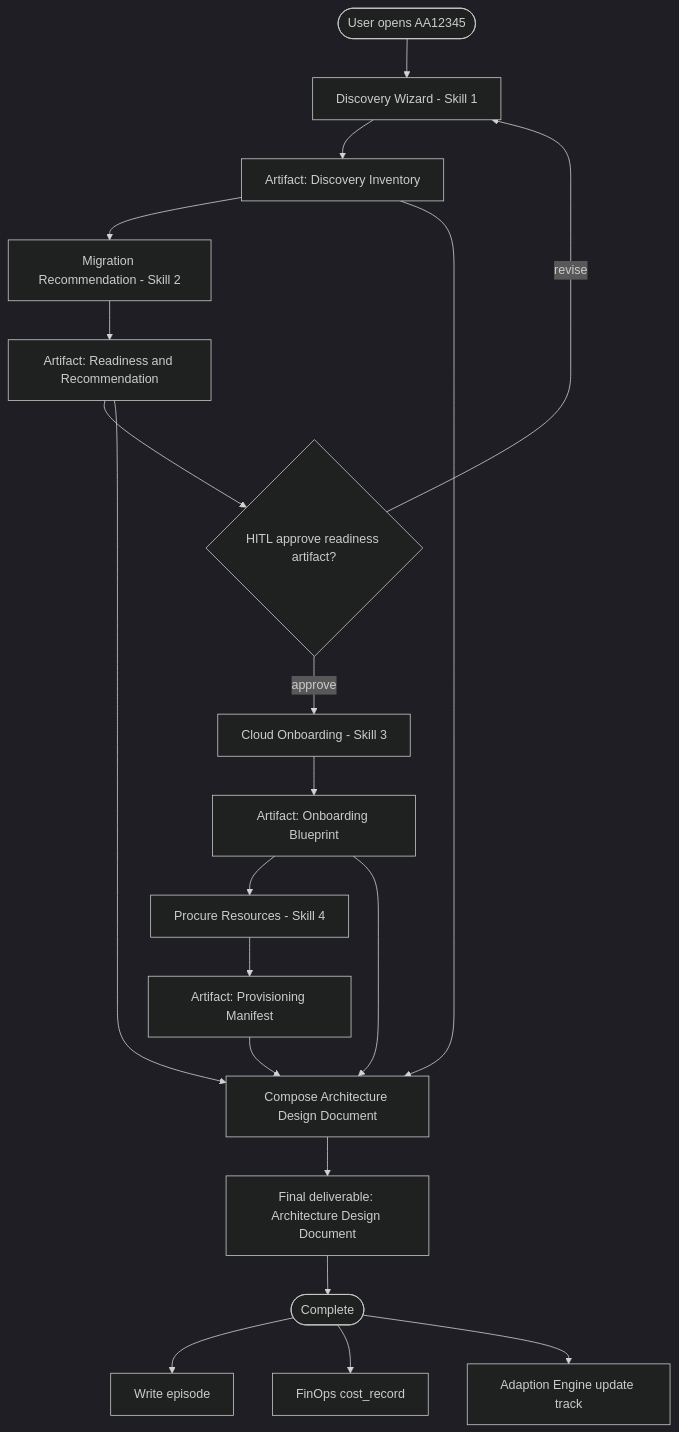
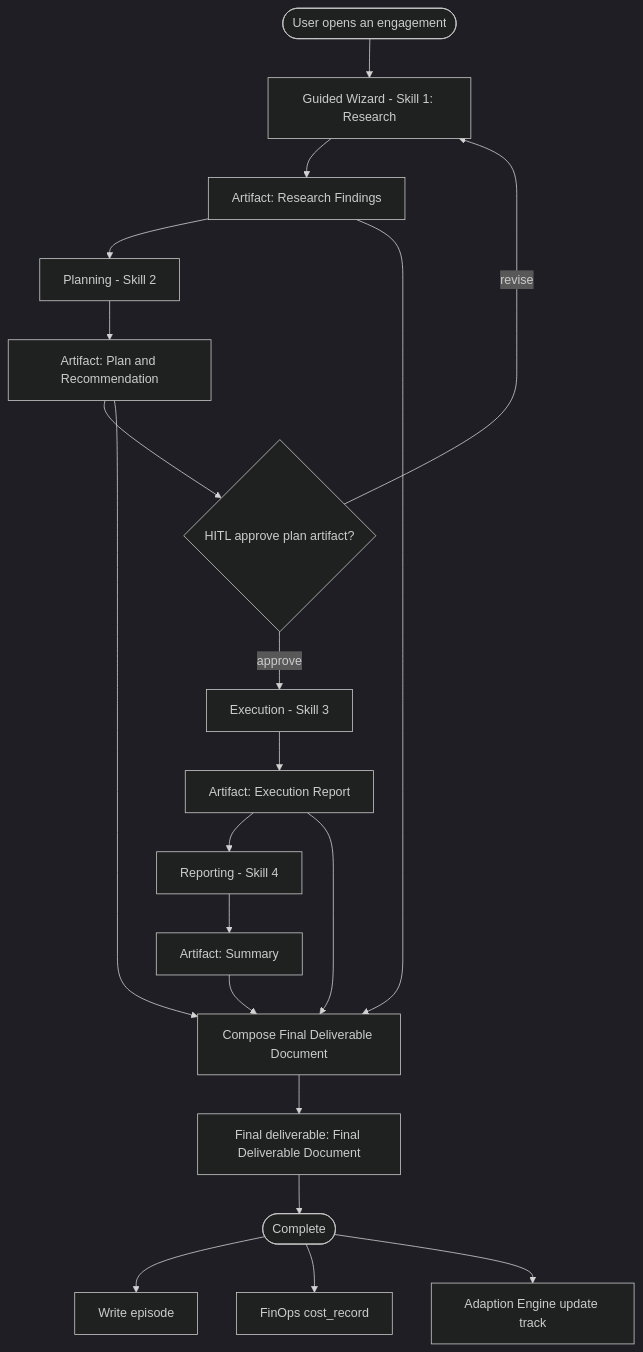
One commit to shivank22/ICE changed the fifth of 9 diagrams in ARCHITECTURE.md. Above: the diagram before and after it, drawn with Mermaid (dark theme). The commit also changed other lines of this file and 45 other files, not shown here.

````diff
--- a/ARCHITECTURE.md
+++ b/ARCHITECTURE.md
@@ -340,22 +338,22 @@
 ```mermaid
 flowchart TD
-    Start([User opens AA12345]) --> Wizard["Discovery Wizard - Skill 1"]
-    Wizard --> A1["Artifact: Discovery Inventory"]
-    A1 --> Rec["Migration Recommendation - Skill 2"]
-    Rec --> A2["Artifact: Readiness and Recommendation"]
-    A2 --> HITL{"HITL approve readiness artifact?"}
+    Start([User opens an engagement]) --> Wizard["Guided Wizard - Skill 1: Research"]
+    Wizard --> A1["Artifact: Research Findings"]
+    A1 --> Plan["Planning - Skill 2"]
+    Plan --> A2["Artifact: Plan and Recommendation"]
+    A2 --> HITL{"HITL approve plan artifact?"}
     HITL -->|"revise"| Wizard
-    HITL -->|"approve"| Onboard["Cloud Onboarding - Skill 3"]
-    Onboard --> A3["Artifact: Onboarding Blueprint"]
-    A3 --> Procure["Procure Resources - Skill 4"]
-    Procure --> A4["Artifact: Provisioning Manifest"]
-    A4 --> Compose["Compose Architecture Design Document"]
+    HITL -->|"approve"| Exec["Execution - Skill 3"]
+    Exec --> A3["Artifact: Execution Report"]
+    A3 --> Report["Reporting - Skill 4"]
+    Report --> A4["Artifact: Summary"]
+    A4 --> Compose["Compose Final Deliverable Document"]
     A1 --> Compose
     A2 --> Compose
     A3 --> Compose
-    Compose --> ADD["Final deliverable: Architecture Design Document"]
-    ADD --> Done([Complete])
+    Compose --> FDD["Final deliverable: Final Deliverable Document"]
+    FDD --> Done([Complete])
     Done --> Episode["Write episode"]
     Done --> Cost["FinOps cost_record"]
     Done --> Track["Adaption Engine update track"]
 ```
````
